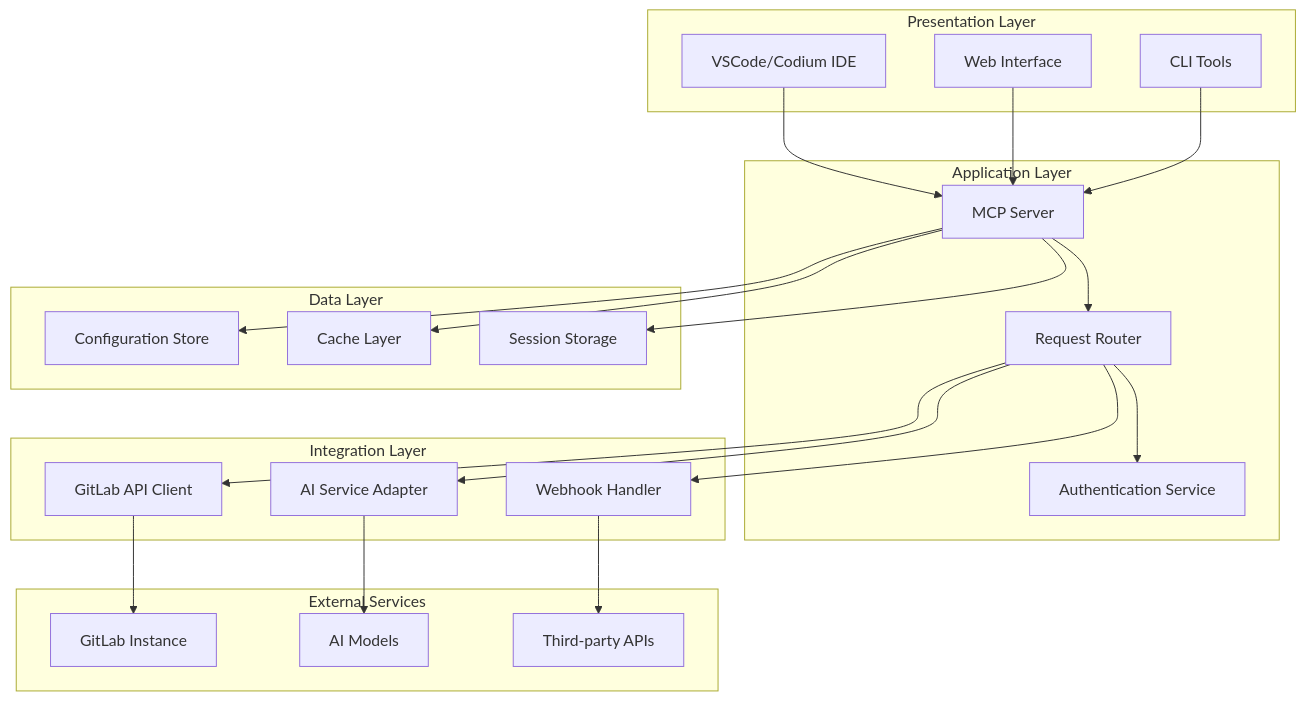
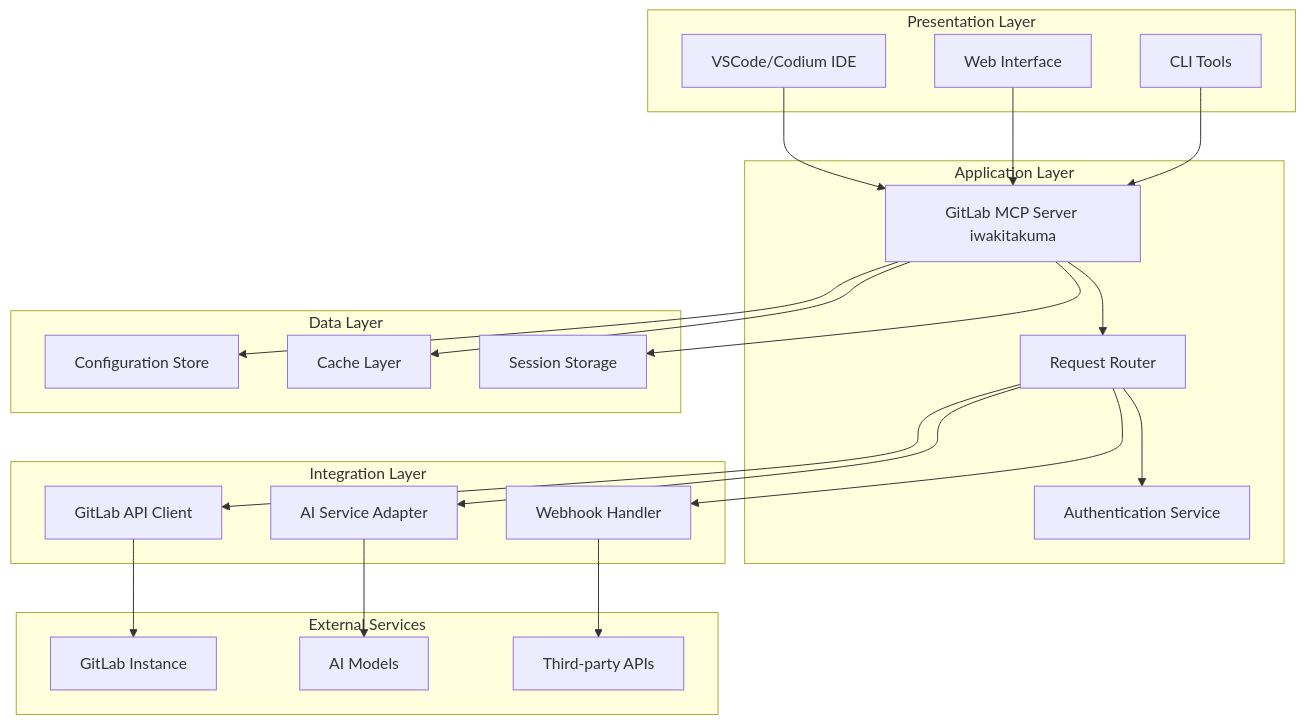
One commit to brunseba/lab_dev-mcp-gitlab changed the first of 8 diagrams in docs/design/architecture.md. Above: the diagram before and after it, drawn with Mermaid. The commit also changed other lines of this file and 36 other files, not shown here.

````diff
--- a/docs/design/architecture.md
+++ b/docs/design/architecture.md
@@ -11,47 +11,47 @@
 ```mermaid
-graph TB
+graph TB 
     subgraph "Presentation Layer"
         A[VSCode/Codium IDE]
         B[Web Interface]
         C[CLI Tools]
     end
     
     subgraph "Application Layer"
-        D[MCP Server]
+D[GitLab MCP Server iwakitakuma]
         E[Request Router]
         F[Authentication Service]
     end
     
     subgraph "Integration Layer"
         G[GitLab API Client]
         H[AI Service Adapter]
         I[Webhook Handler]
     end
     
     subgraph "Data Layer"
         J[Configuration Store]
         K[Cache Layer]
         L[Session Storage]
     end
     
     subgraph "External Services"
         M[GitLab Instance]
         N[AI Models]
         O[Third-party APIs]
     end
     
     A --> D
     B --> D
     C --> D
     D --> E
     E --> F
     E --> G
     E --> H
     E --> I
     G --> M
     H --> N
     I --> O
     D --> J
     D --> K
     D --> L
 ```
````
